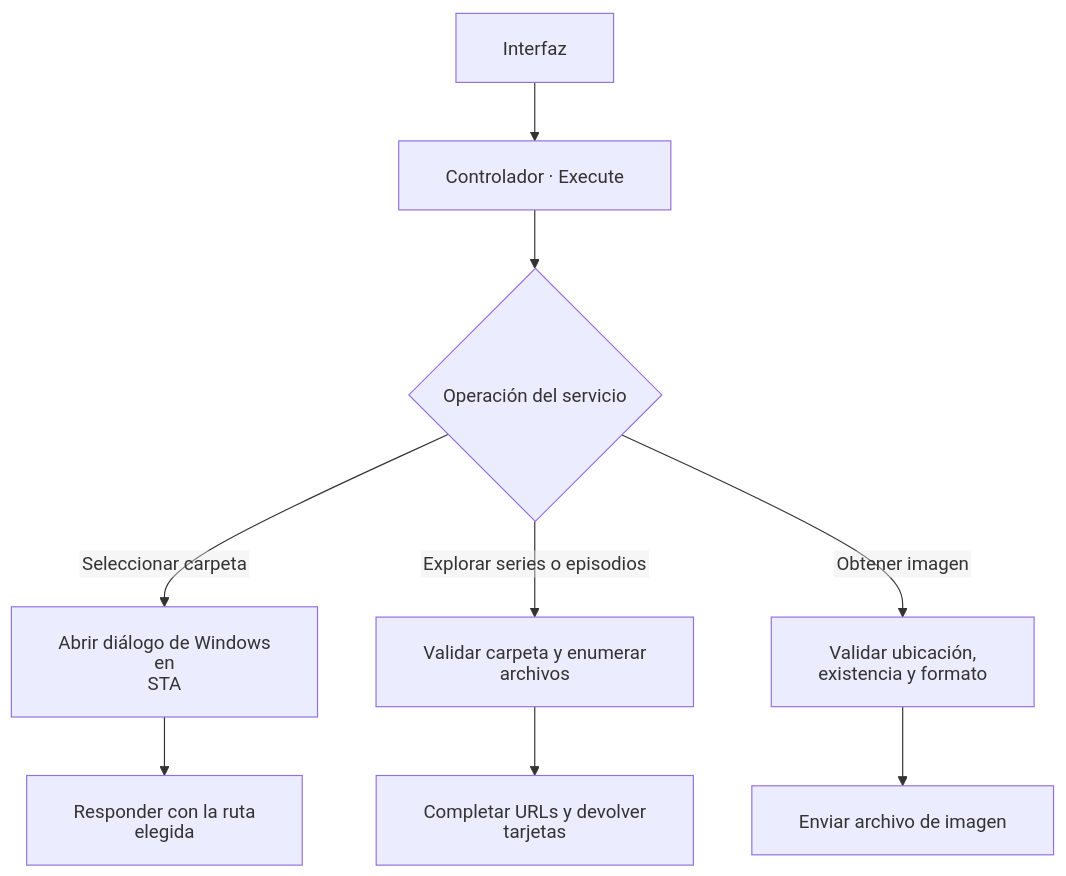
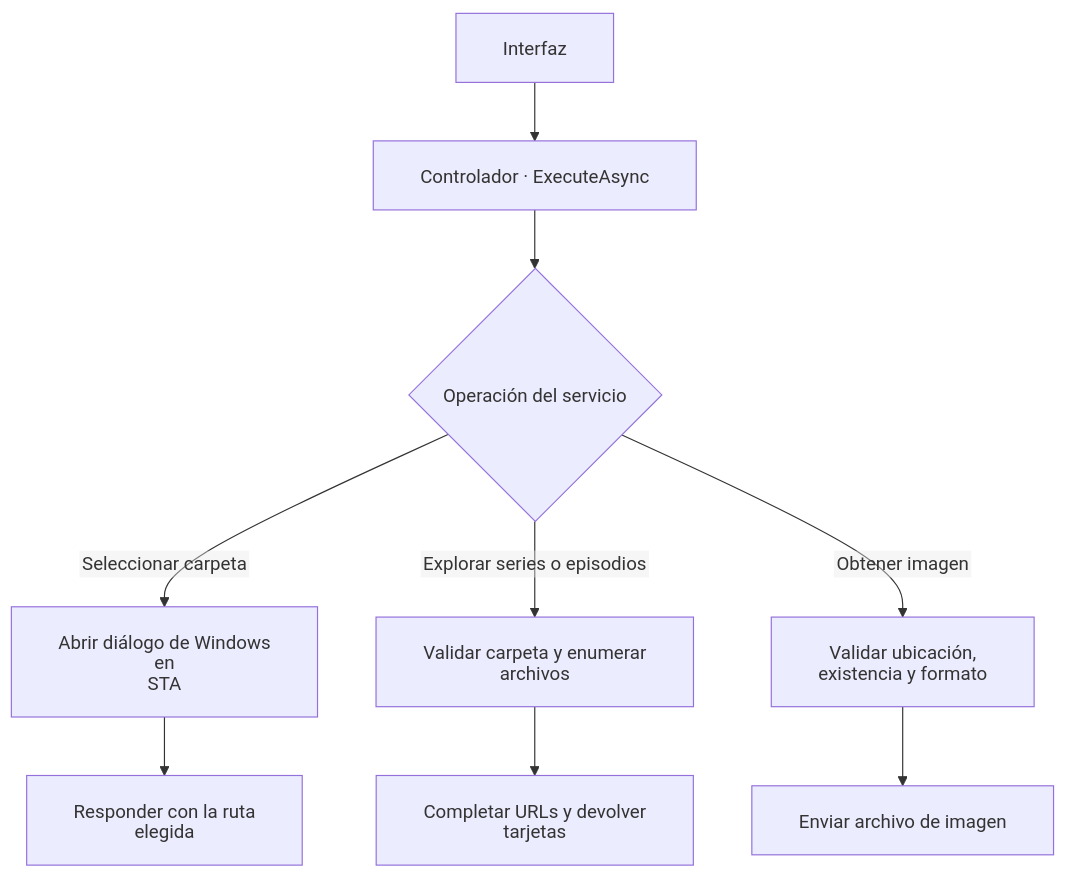
The diagram in documentacion/docs/sistemas/series/README.md (DavidSarabia06/HuexMediaApp), drawn with Mermaid before and after one commit. The commit also changed other lines of this file and 49 other files, not shown here.

````diff
--- a/documentacion/docs/sistemas/series/README.md
+++ b/documentacion/docs/sistemas/series/README.md
@@ -9,18 +9,18 @@
 ```mermaid
 ---
 config:
   htmlLabels: false
   flowchart:
     useMaxWidth: true
     padding: 20
 ---
 flowchart TD
-    A["Interfaz"] --> B["Controlador · Execute"]
+    A["Interfaz"] --> B["Controlador · ExecuteAsync"]
     B --> C{"Operación del servicio"}
     C -->|Seleccionar carpeta| D["Abrir diálogo de Windows en<br/>STA"]
     C -->|Explorar series o episodios| E["Validar carpeta y enumerar<br/>archivos"]
     C -->|Obtener imagen| F["Validar ubicación,<br/>existencia y formato"]
     D --> G["Responder con la ruta<br/>elegida"]
     E --> H["Completar URLs y devolver<br/>tarjetas"]
     F --> I["Enviar archivo de imagen"]
 ```
````
